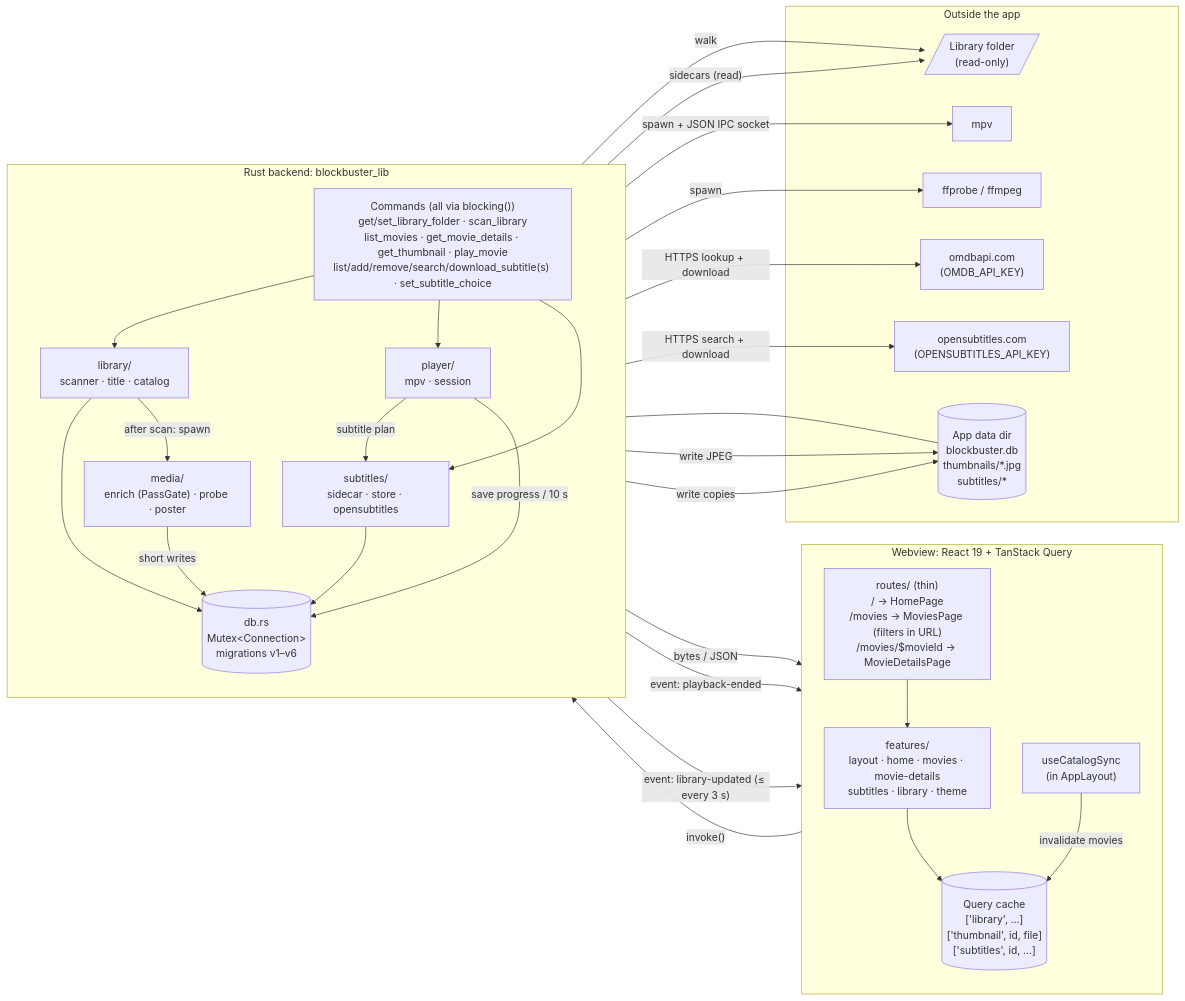
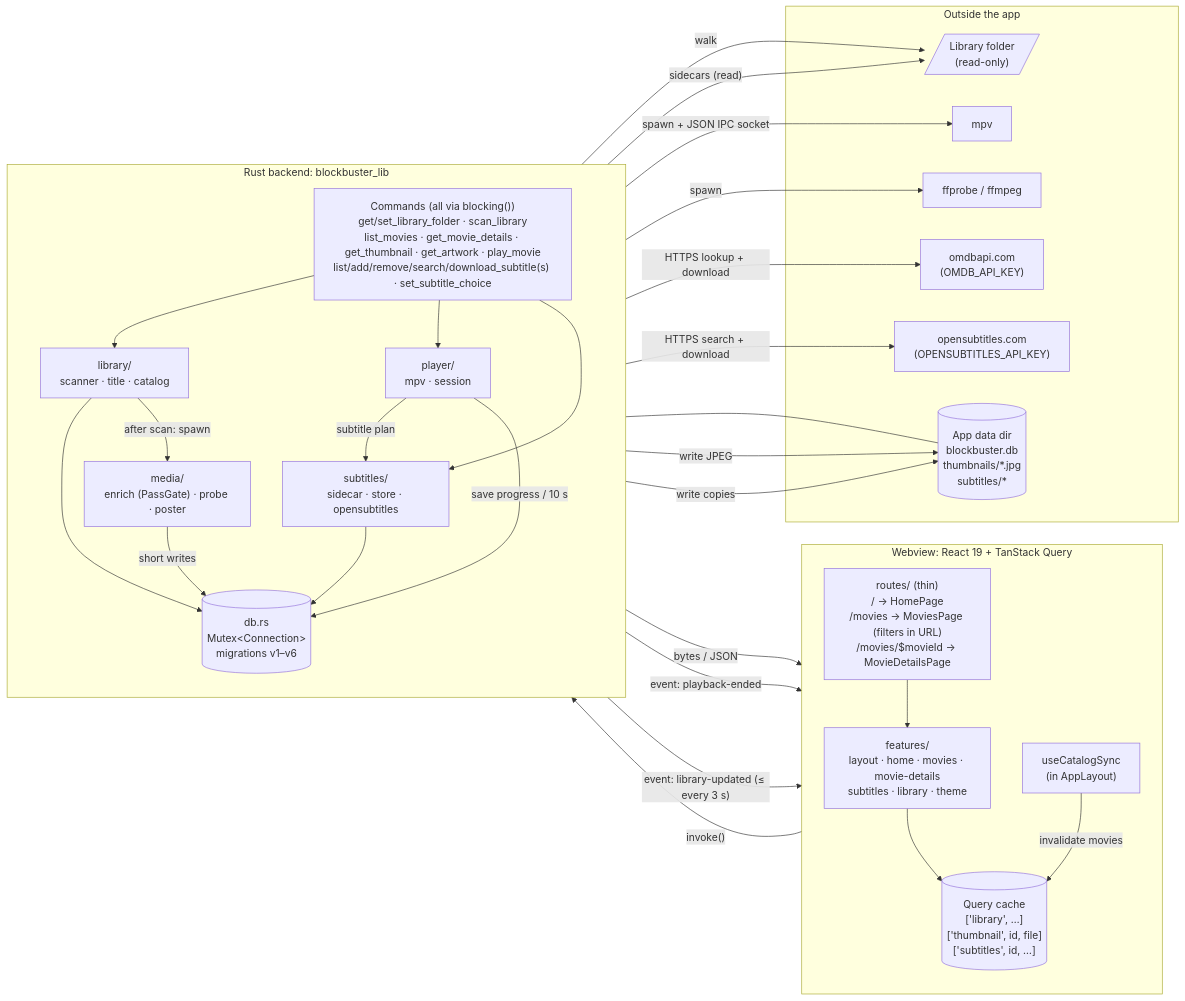
The first of 3 diagrams in docs/architecture.md (jintu-das/blockbuster), drawn with Mermaid before and after one commit. The commit also changed other lines of this file and 12 other files, not shown here.

Commit message:
feat: add large artwork support for movie banners and implement artwork fetching logic

````diff
--- a/docs/architecture.md
+++ b/docs/architecture.md
@@ -9,53 +9,53 @@
 ```mermaid
 flowchart LR
   subgraph WV["Webview: React 19 + TanStack Query"]
     direction TB
     R["routes/ (thin)<br/>/ → HomePage<br/>/movies → MoviesPage (filters in URL)<br/>/movies/$movieId → MovieDetailsPage"]
     F["features/<br/>layout · home · movies · movie-details<br/>subtitles · library · theme"]
     Q[("Query cache<br/>['library', …]<br/>['thumbnail', id, file]<br/>['subtitles', id, …]")]
     S["useCatalogSync<br/>(in AppLayout)"]
     R --> F --> Q
   end
 
   subgraph RS["Rust backend: blockbuster_lib"]
     direction TB
-    CMD["Commands (all via blocking())<br/>get/set_library_folder · scan_library<br/>list_movies · get_movie_details · get_thumbnail · play_movie<br/>list/add/remove/search/download_subtitle(s) · set_subtitle_choice"]
+    CMD["Commands (all via blocking())<br/>get/set_library_folder · scan_library<br/>list_movies · get_movie_details · get_thumbnail · get_artwork · play_movie<br/>list/add/remove/search/download_subtitle(s) · set_subtitle_choice"]
     LIB["library/<br/>scanner · title · catalog"]
     PLY["player/<br/>mpv · session"]
     MED["media/<br/>enrich (PassGate) · probe · poster"]
     SUB["subtitles/<br/>sidecar · store · opensubtitles"]
     DB[("db.rs<br/>Mutex#lt;Connection#gt;<br/>migrations v1–v6")]
     CMD --> LIB --> DB
     CMD --> PLY
     CMD --> SUB --> DB
     PLY -- "subtitle plan" --> SUB
     LIB -- "after scan: spawn" --> MED
     MED -- "short writes" --> DB
     PLY -- "save progress / 10 s" --> DB
   end
 
   subgraph EXT["Outside the app"]
     FS[/"Library folder<br/>(read-only)"/]
     MPV["mpv"]
     FF["ffprobe / ffmpeg"]
     OMDB["omdbapi.com<br/>(OMDB_API_KEY)"]
     OSUB["opensubtitles.com<br/>(OPENSUBTITLES_API_KEY)"]
     DATA[("App data dir<br/>blockbuster.db<br/>thumbnails/*.jpg<br/>subtitles/*")]
   end
 
   F -- "invoke()" --> CMD
   CMD -- "bytes / JSON" --> F
   PLY -- "event: playback-ended" --> S
   MED -- "event: library-updated (≤ every 3 s)" --> S
   S -- "invalidate movies" --> Q
 
   LIB -- "walk" --> FS
   PLY -- "spawn + JSON IPC socket" --> MPV
   MED -- "spawn" --> FF
   MED -- "HTTPS lookup + download" --> OMDB
   DB --- DATA
   MED -- "write JPEG" --> DATA
   SUB -- "sidecars (read)" --> FS
   SUB -- "HTTPS search + download" --> OSUB
   SUB -- "write copies" --> DATA
 ```
````
